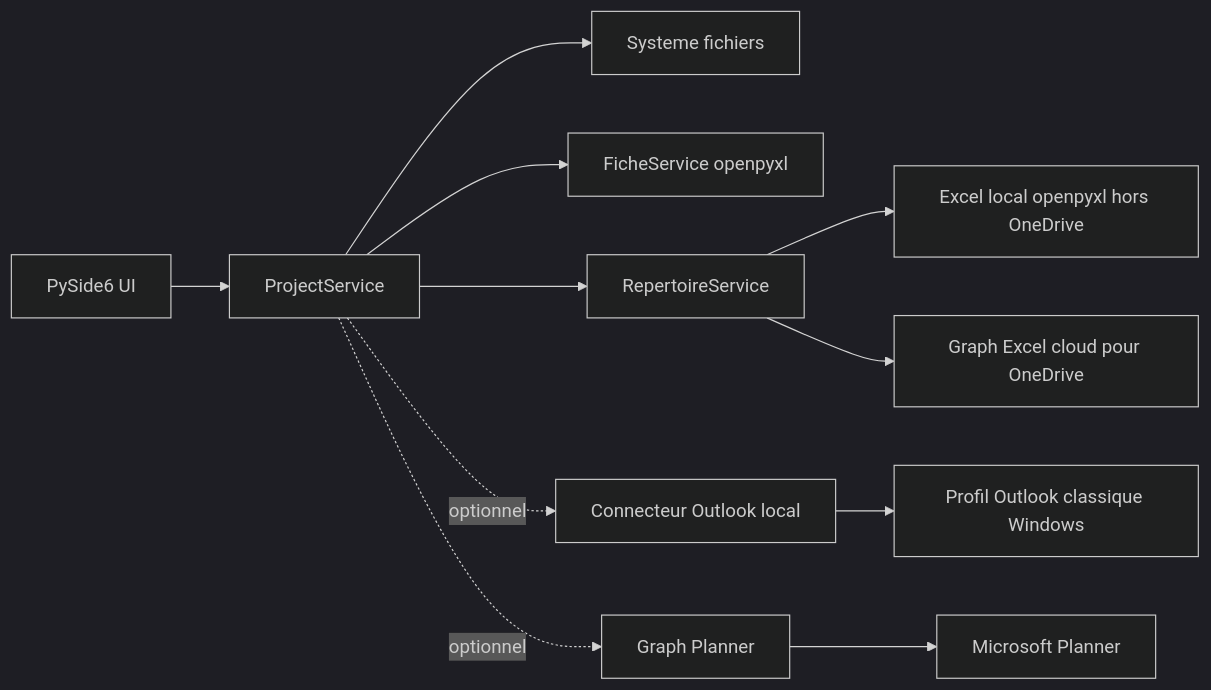
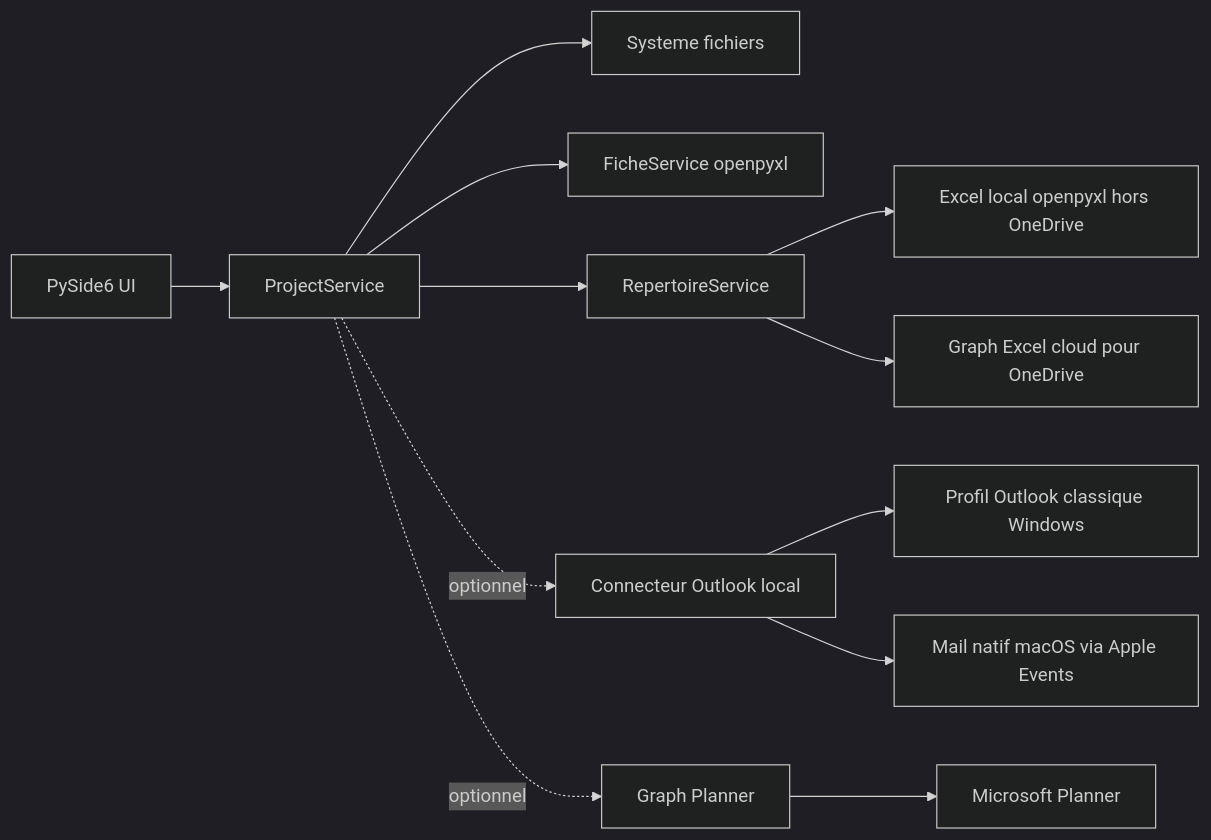
Before and after one commit to LionelMds/projectflow-automator: the first of 4 diagrams in docs/architecture.md, drawn with Mermaid (dark theme). The commit also changed 16 other files, not shown here.

Commit message:
Add macOS Mail folder support

````diff
--- a/docs/architecture.md
+++ b/docs/architecture.md
@@ -5,13 +5,14 @@
 ```mermaid
 flowchart LR
   UI["PySide6 UI"] --> Service["ProjectService"]
   Service --> FS["Systeme fichiers"]
   Service --> Fiche["FicheService openpyxl"]
   Service --> Repertoire["RepertoireService"]
   Repertoire --> LocalExcel["Excel local openpyxl hors OneDrive"]
   Repertoire --> GraphExcel["Graph Excel cloud pour OneDrive"]
   Service -. optionnel .-> Outlook["Connecteur Outlook local"]
   Outlook --> WinOutlook["Profil Outlook classique Windows"]
+  Outlook --> MacMail["Mail natif macOS via Apple Events"]
   Service -. optionnel .-> Planner["Graph Planner"]
   Planner --> M365["Microsoft Planner"]
 ```
````
